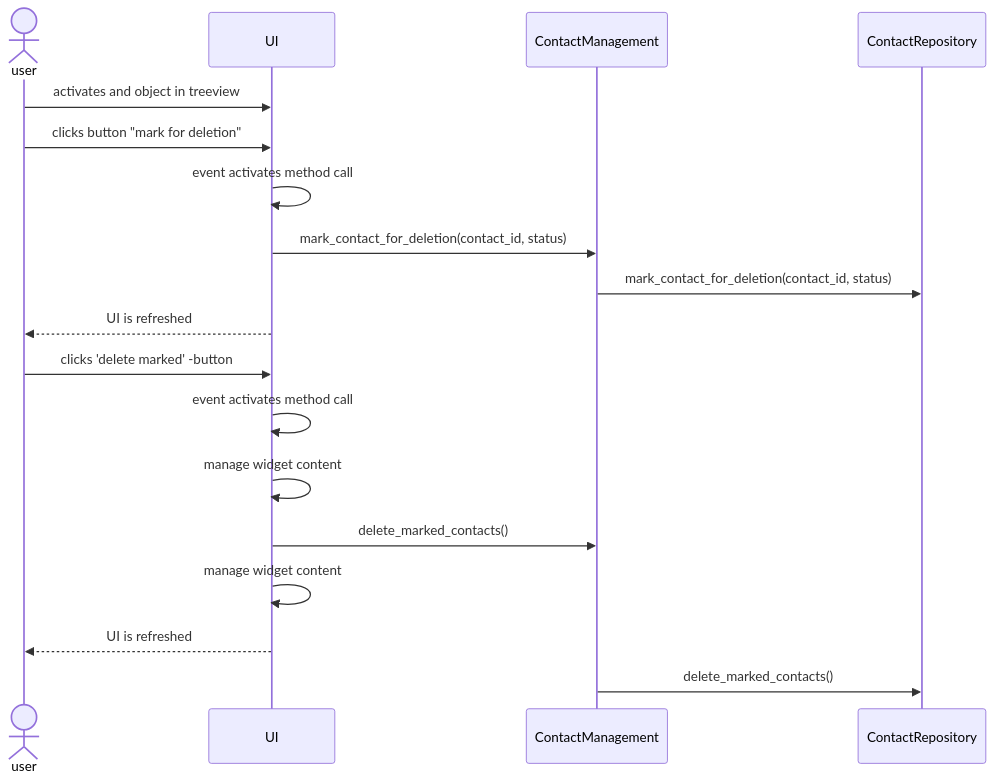
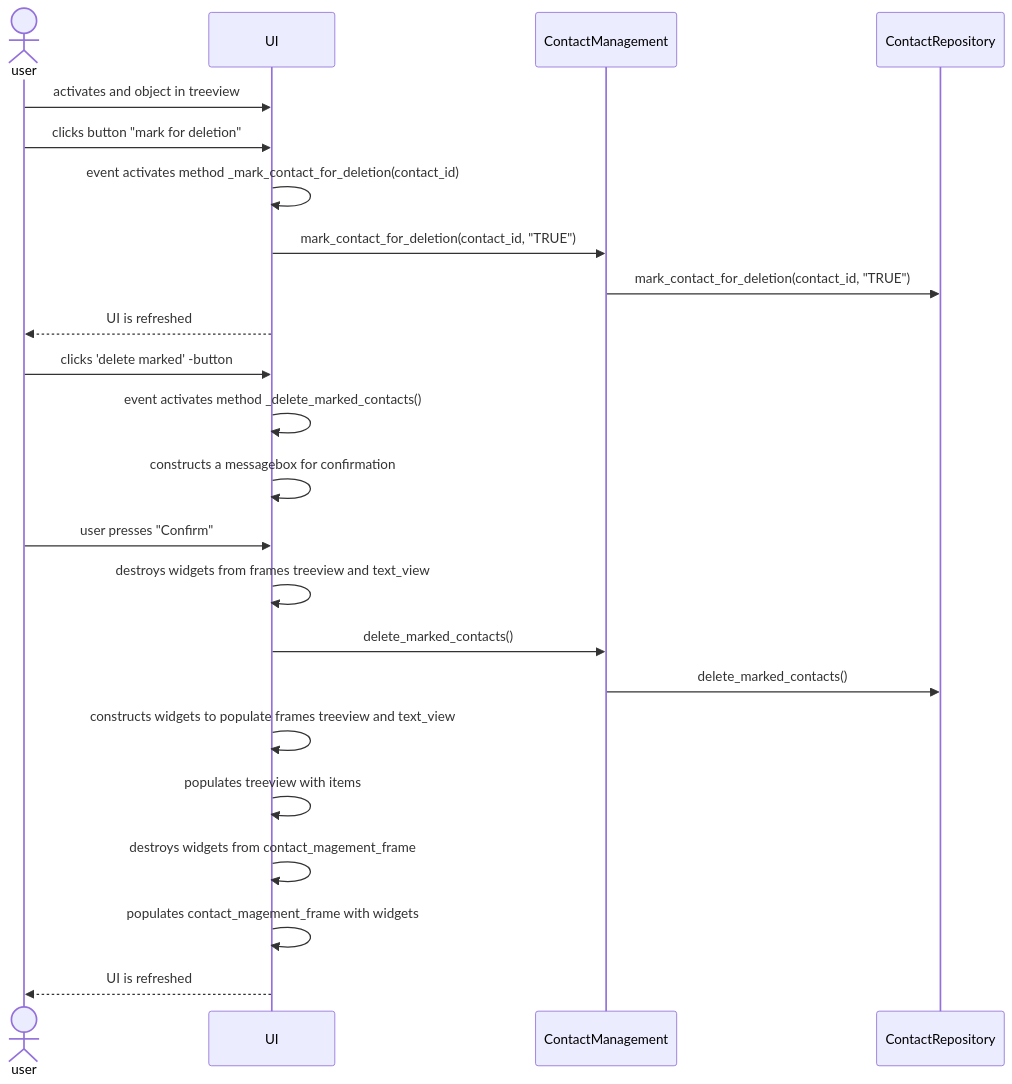
Before and after one commit to heidi-holappa/ot-harjoitustyo: the sixth of 6 diagrams in documentation/architecture.md, drawn with Mermaid. The commit also changed other lines of this file, not shown here.

Commit message:
Update architecture.

````diff
--- a/documentation/architecture.md
+++ b/documentation/architecture.md
@@ -126,20 +162,25 @@
 ```mermaid
 sequenceDiagram
 actor user
 participant UI
 participant ContactManagement
 participant ContactRepository
 user ->> UI: activates and object in treeview
 user ->> UI: clicks button "mark for deletion"
-UI ->> UI: event activates method call
-UI ->> ContactManagement: mark_contact_for_deletion(contact_id, status)
-ContactManagement ->> ContactRepository: mark_contact_for_deletion(contact_id, status)
+UI ->> UI: event activates method _mark_contact_for_deletion(contact_id)
+UI ->> ContactManagement: mark_contact_for_deletion(contact_id, "TRUE")
+ContactManagement ->> ContactRepository: mark_contact_for_deletion(contact_id, "TRUE")
 UI -->> user: UI is refreshed
 user ->> UI: clicks 'delete marked' -button
-UI ->> UI: event activates method call
-UI ->> UI: manage widget content
+UI ->> UI: event activates method _delete_marked_contacts()
+UI ->> UI: constructs a messagebox for confirmation
+user ->> UI: user presses "Confirm"
+UI ->> UI: destroys widgets from frames treeview and text_view
 UI ->> ContactManagement: delete_marked_contacts()
-UI ->> UI: manage widget content
+ContactManagement ->> ContactRepository: delete_marked_contacts()
+UI ->> UI: constructs widgets to populate frames treeview and text_view
+UI ->> UI: populates treeview with items
+UI ->> UI: destroys widgets from contact_magement_frame
+UI ->> UI: populates contact_magement_frame with widgets
 UI -->> user: UI is refreshed
-ContactManagement ->> ContactRepository: delete_marked_contacts()
 ```
````
